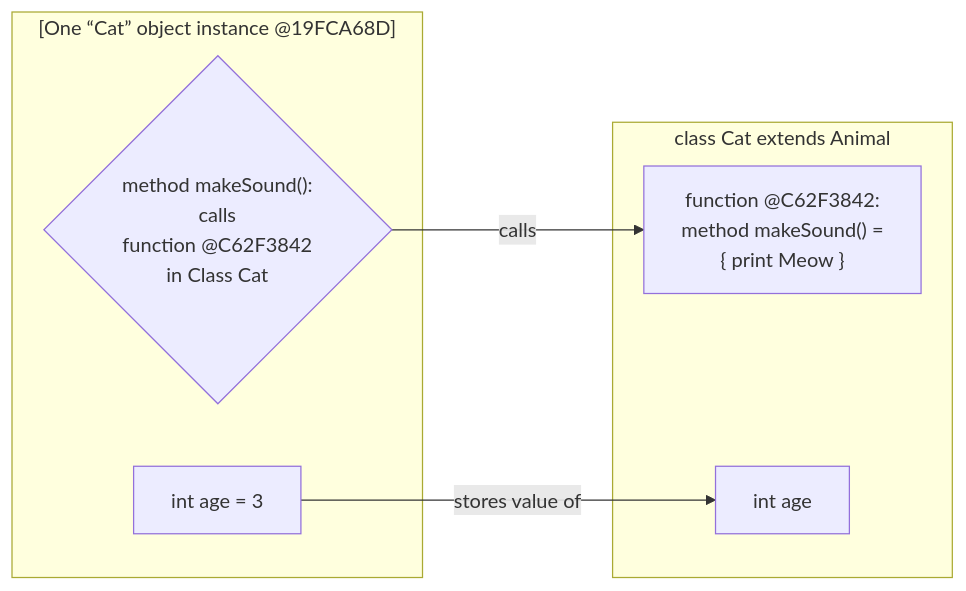
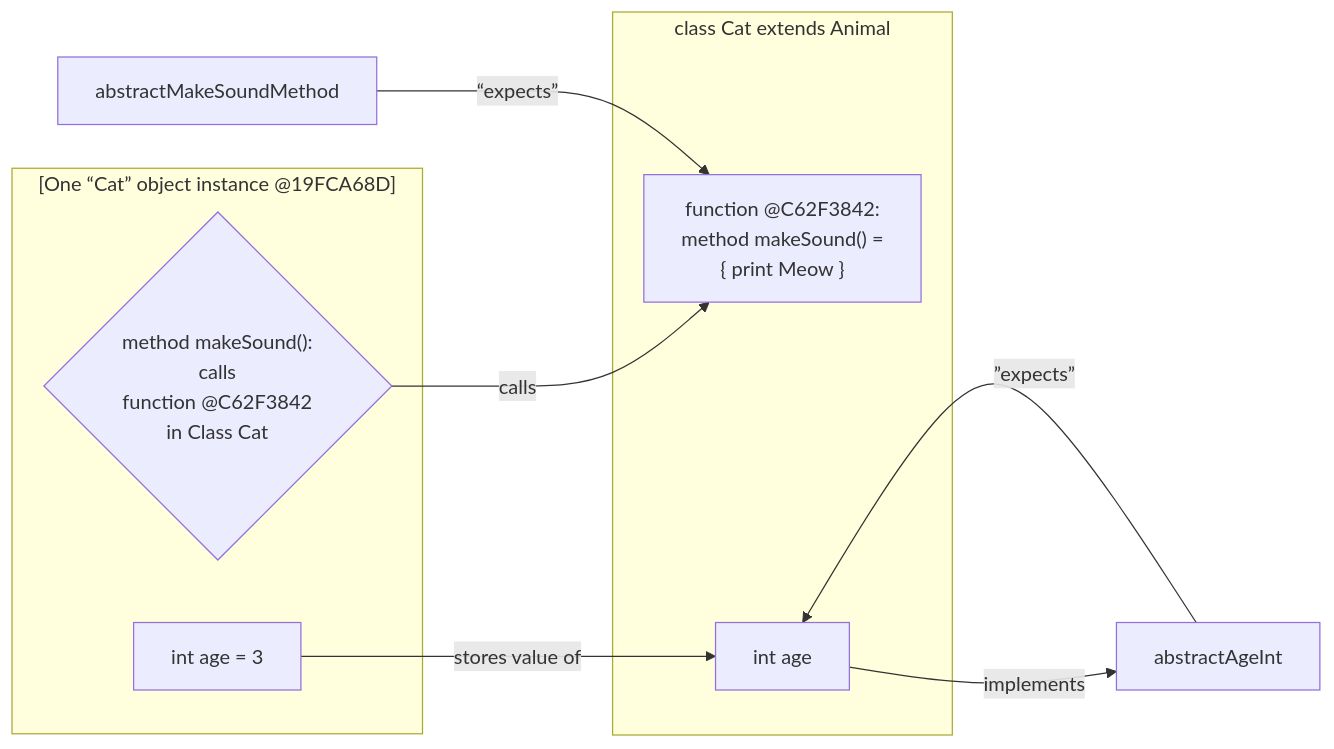
The first of 5 diagrams in 09-ClassOrientedProgramming.md (realityexpander/How_to_program_from_ground_up), drawn with Mermaid before and after one commit.

Commit message:
Add to COP

````diff
--- a/09-ClassOrientedProgramming.md
+++ b/09-ClassOrientedProgramming.md
@@ -28,39 +28,39 @@
     ```mermaid
       flowchart LR
       
       catObjectMakeSoundMethodFunctionPointer -- calls --> catClassMakeSoundMethod:::Object
       catObjectAgeInt -- stores value of --> catClassAgeInt
       subgraph catObject["[One “Cat” object instance @19FCA68D]"]
           catObjectAgeInt["int age = 3"]
           catObjectMakeSoundMethodFunctionPointer{"method makeSound(): 
                                              calls 
                                        function @C62F3842
                                        in Class Cat"}
       end
       subgraph classCat["class Cat extends Animal"]
           catClassAgeInt["int age"]
           catClassMakeSoundMethod["function @C62F3842:  
                       method makeSound() =
                       { print Meow }"]
       end
-%%    abstractAgeInt -- ”expects” --> catClassAgeInt
-%%    abstractMakeSoundMethod -- “expects” --> catClassMakeSoundMethod:::Object
-%%    catClassAgeInt -- implements --> abstractAgeInt:::Abstract
+      abstractAgeInt -- ”expects” --> catClassAgeInt
+      abstractMakeSoundMethod -- “expects” --> catClassMakeSoundMethod:::Object
+      catClassAgeInt -- implements --> abstractAgeInt:::Abstract
 %%      
 %%      classCat -- creates object --> catObject:::Object
 %%      classCat -- extends --> abstractAnimal:::Abstract
 %%      catClassMakeSoundMethod -- implements --> abstractMakeSoundMethod:::Abstract
 %%      subgraph abstractAnimal["abstract class Animal"]
 %%        abstractAgeInt["abstract int age"]
 %%        abstractMakeSoundMethod["abstract method 
 %%                                 makeSound()"]
 %%      end
 %%      
 %%      classDef Abstract fill:#222, stroke:#0F0, stroke-width:1px, color:#fff, stroke-dasharray: 5 5
 %%      classDef Class fill:#444, stroke:#00F, stroke-width:1px, color:#000, stroke-dasharray: 5 5
 %%      style classCat fill:#444, stroke:#DDD, stroke-width:1px, color:#000, stroke-dasharray: 5 5
 %%      style catClassAgeInt fill:#444, stroke:#DDD, stroke-width:1px, color:#FFF, stroke-dasharray: 5 5
 %%      classDef Object fill:#55F, stroke:#FFF, stroke-width:3px, color:#fff
 %%      style catObjectAgeInt fill:#55F, stroke:#FFF, stroke-width:3px, color:#fff
 %%      style catObjectMakeSoundMethodFunctionPointer fill:#222, stroke:#DDD, stroke-width:1px, color:#000, stroke-dasharray: 5 5
     ```
````
